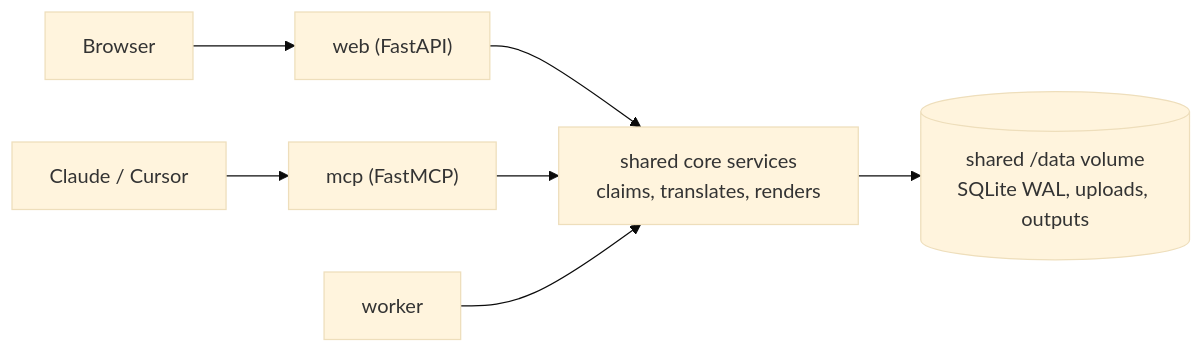
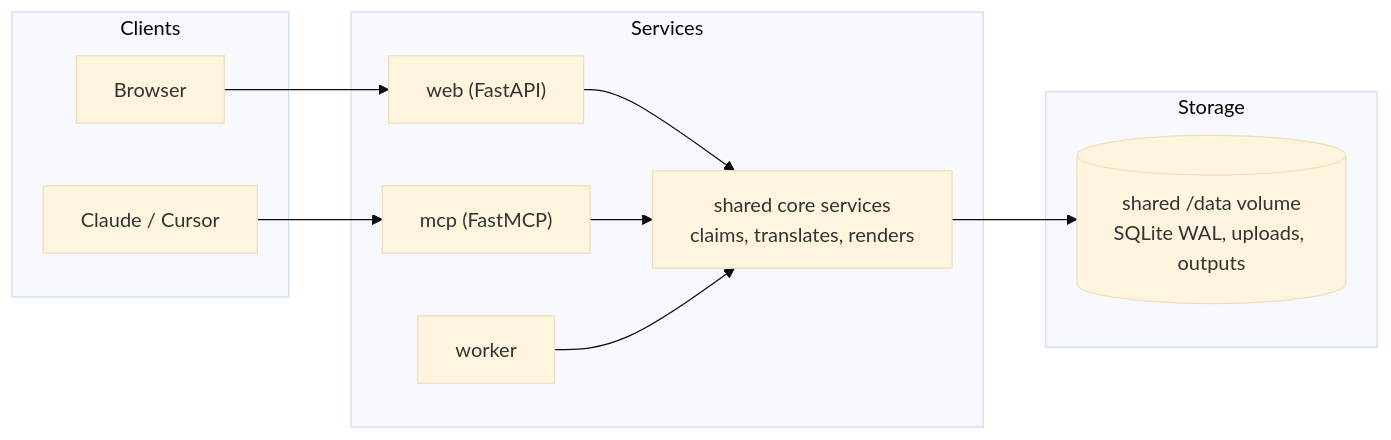
One commit to gh-inc/Document-Translator changed the diagram in README.md. Above: the diagram before and after it, drawn with Mermaid (base theme). The commit also changed other lines of this file and 1 other file, not shown here.

````diff
--- a/README.md
+++ b/README.md
@@ -18,9 +18,24 @@
 ```mermaid
 flowchart LR
+    subgraph Clients
+     browser
+     editors
+    end
+    subgraph Services
+        web
+        mcp
+        core
+        worker
+    end
+    subgraph Storage
+        data
+    end
+
+
     browser["Browser"] --> web["web (FastAPI)"]
     editors["Claude / Cursor"] --> mcp["mcp (FastMCP)"]
     web --> core["shared core services<br/>claims, translates, renders"]
     mcp --> core
     worker["worker"] --> core
     core --> data[("shared /data volume<br/>SQLite WAL, uploads, outputs")]
 ```
````
